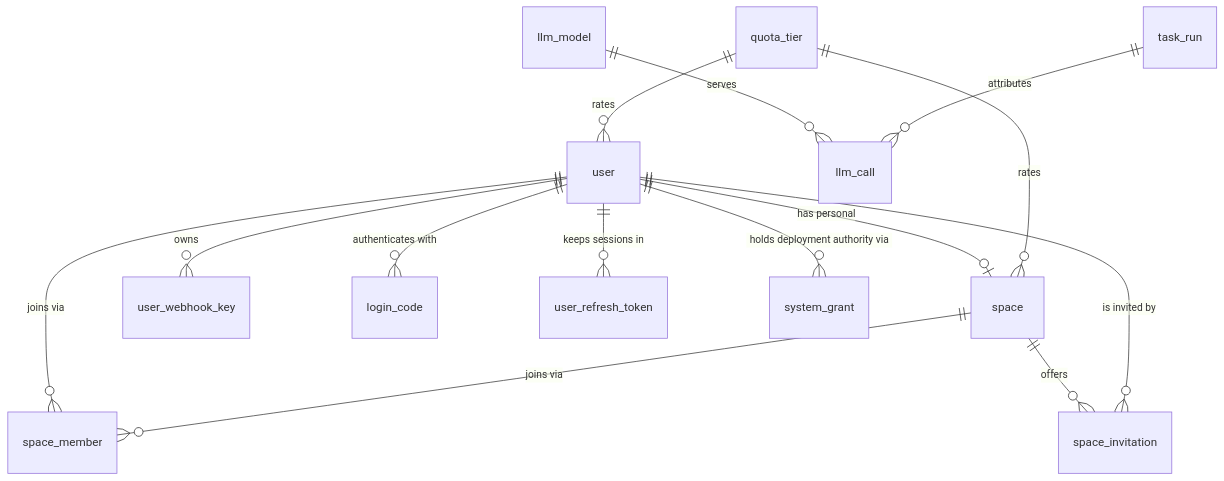
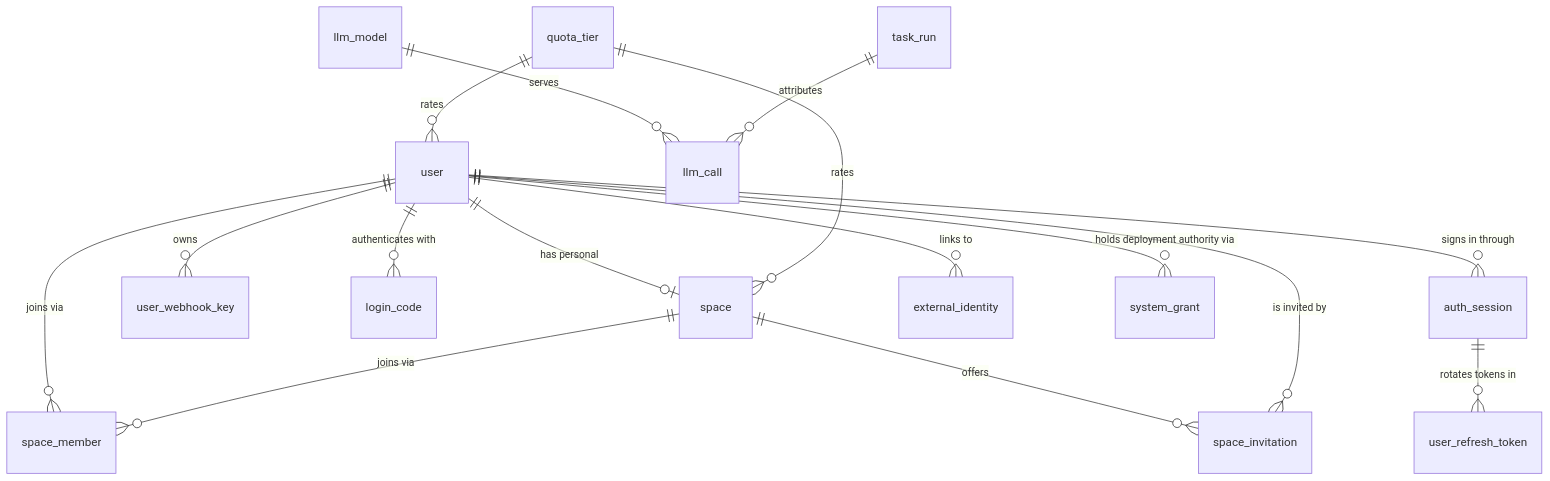
Before and after one commit to icloudbb/buildmax: the second of 2 diagrams in docs/zh-CN/contribute/architecture/data-model.md, drawn with Mermaid. The commit also changed other lines of this file and 23 other files, not shown here.

Commit message:
Refresh stale product and schema documentation

````diff
--- a/docs/zh-CN/contribute/architecture/data-model.md
+++ b/docs/zh-CN/contribute/architecture/data-model.md
@@ -76,16 +77,18 @@
 ```mermaid
 erDiagram
     user ||--o{ space_member : "joins via"
     space ||--o{ space_member : "joins via"
     user ||--o| space : "has personal"
     space ||--o{ space_invitation : offers
     user ||--o{ space_invitation : "is invited by"
     quota_tier ||--o{ user : rates
     quota_tier ||--o{ space : rates
     user ||--o{ user_webhook_key : owns
     user ||--o{ login_code : "authenticates with"
-    user ||--o{ user_refresh_token : "keeps sessions in"
+    user ||--o{ auth_session : "signs in through"
+    user ||--o{ external_identity : "links to"
+    auth_session ||--o{ user_refresh_token : "rotates tokens in"
     user ||--o{ system_grant : "holds deployment authority via"
     llm_model ||--o{ llm_call : serves
     task_run ||--o{ llm_call : attributes
 ```
````
